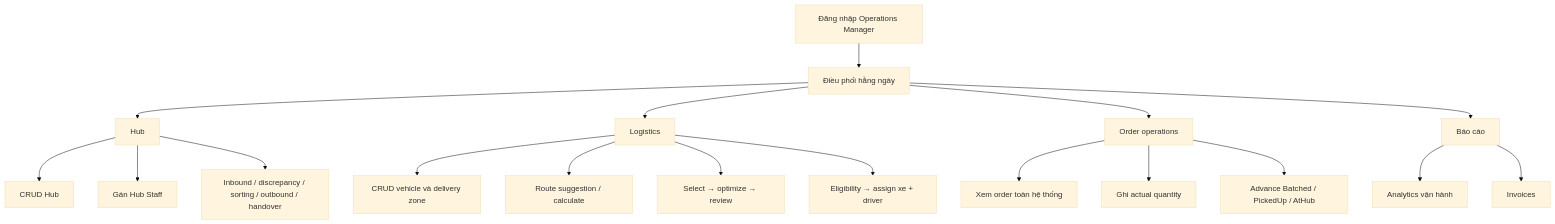
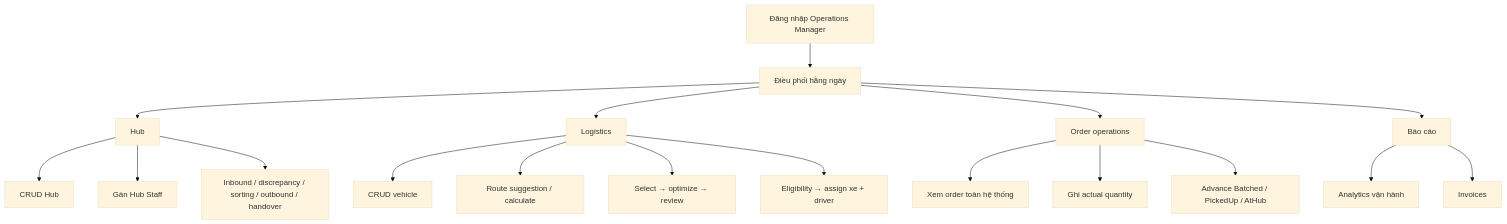
The seventh of 11 diagrams in docs/diagrams/02F-role-flows.md (fix-later/freshflow-backend), drawn with Mermaid (base theme) before and after one commit. The commit also changed other lines of this file and 46 other files, not shown here.

First line of the commit message:
chore(logistics): remove unused DeliveryZone feature and sync docs

````diff
--- a/docs/diagrams/02F-role-flows.md
+++ b/docs/diagrams/02F-role-flows.md
@@ -221,23 +221,23 @@
 ```mermaid
 flowchart TD
     A[Đăng nhập Operations Manager] --> B[Điều phối hằng ngày]
     B --> H[Hub]
     H --> H1[CRUD Hub]
     H --> H2[Gán Hub Staff]
     H --> H3[Inbound / discrepancy / sorting / outbound / handover]
 
     B --> L[Logistics]
-    L --> L1[CRUD vehicle và delivery zone]
+    L --> L1[CRUD vehicle]
     L --> L2[Route suggestion / calculate]
     L --> L3[Select → optimize → review]
     L --> L4[Eligibility → assign xe + driver]
 
     B --> O[Order operations]
     O --> O1[Xem order toàn hệ thống]
     O --> O2[Ghi actual quantity]
     O --> O3[Advance Batched / PickedUp / AtHub]
 
     B --> R[Báo cáo]
     R --> R1[Analytics vận hành]
     R --> R2[Invoices]
 ```
````
